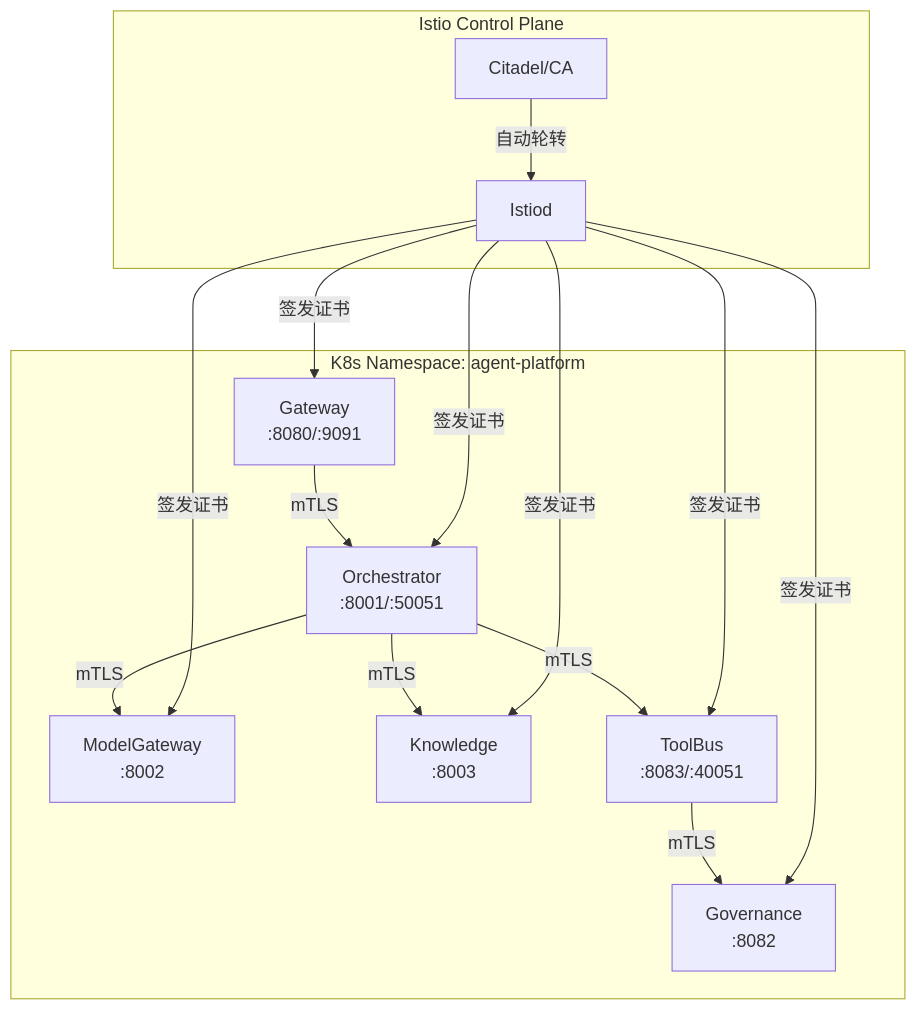
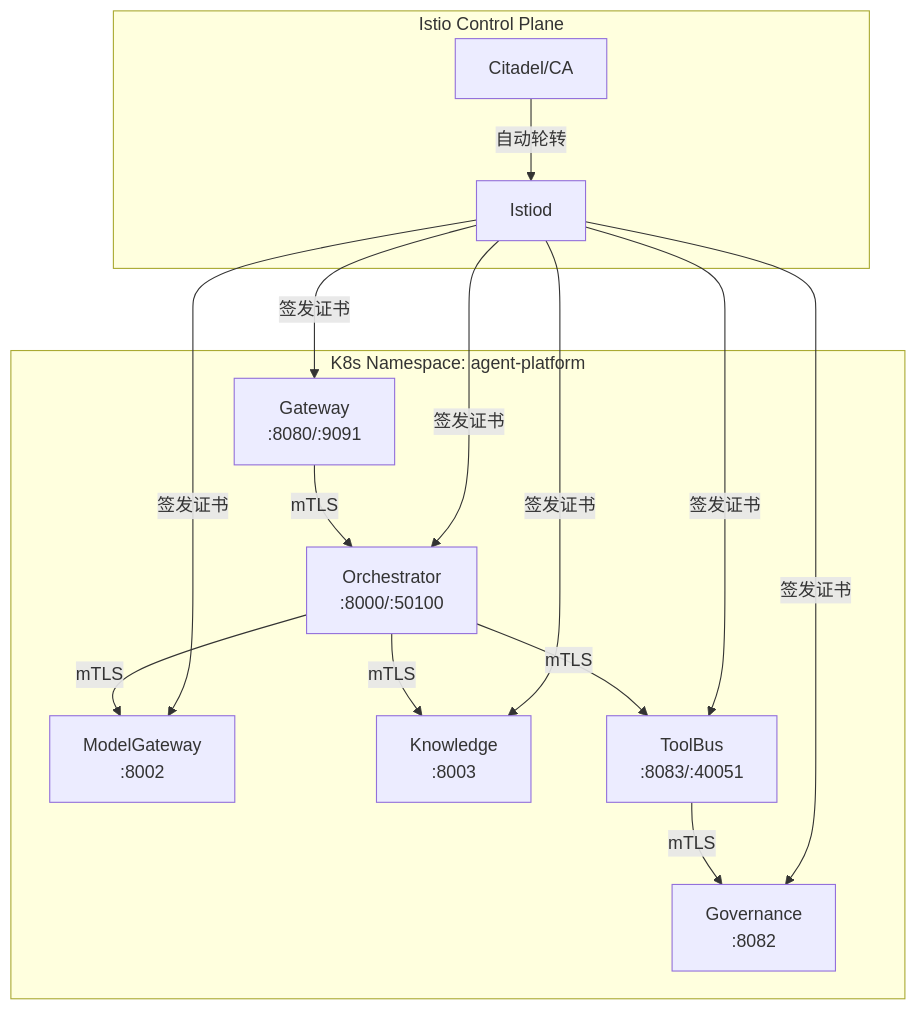
Before and after one commit to jonykchen/agent-platform: the first of 7 diagrams in docs/11-security-hardening.md, drawn with Mermaid. The commit also changed other lines of this file and 53 other files, not shown here.

````diff
--- a/docs/11-security-hardening.md
+++ b/docs/11-security-hardening.md
@@ -34,30 +34,30 @@
 ```mermaid
 graph TB
     subgraph "K8s Namespace: agent-platform"
         GW[Gateway<br/>:8080/:9091]
-        ORC[Orchestrator<br/>:8001/:50051]
+        ORC[Orchestrator<br/>:8000/:50100]
         MG[ModelGateway<br/>:8002]
         KB[Knowledge<br/>:8003]
         TB[ToolBus<br/>:8083/:40051]
         GOV[Governance<br/>:8082]
     end
 
     subgraph "Istio Control Plane"
         IC[Istiod]
         CA[Citadel/CA]
     end
 
     IC -->|签发证书| GW
     IC -->|签发证书| ORC
     IC -->|签发证书| MG
     IC -->|签发证书| KB
     IC -->|签发证书| TB
     IC -->|签发证书| GOV
     CA -->|自动轮转| IC
 
     GW -->|mTLS| ORC
     ORC -->|mTLS| MG
     ORC -->|mTLS| TB
     TB -->|mTLS| GOV
     ORC -->|mTLS| KB
 ```
````
